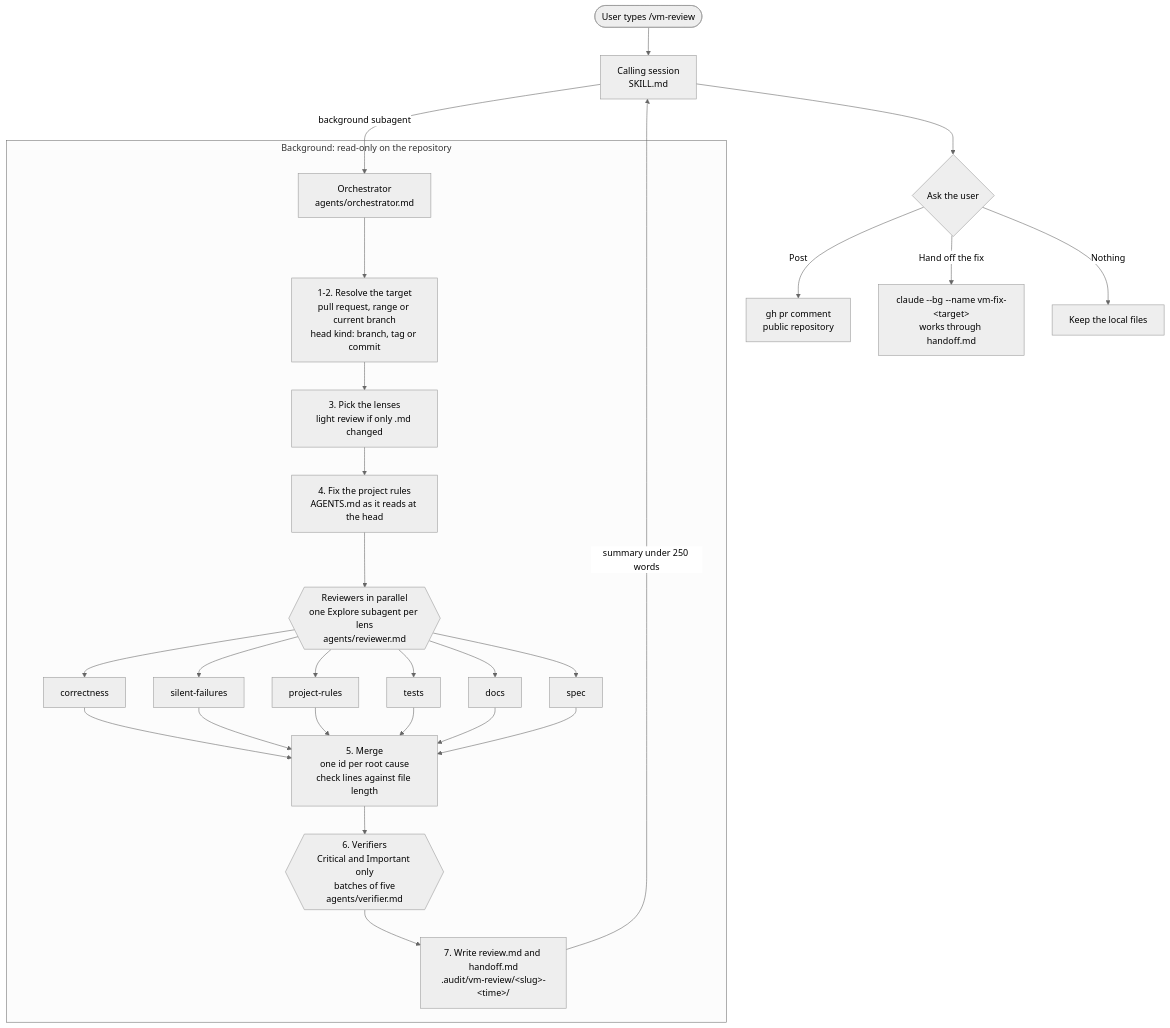
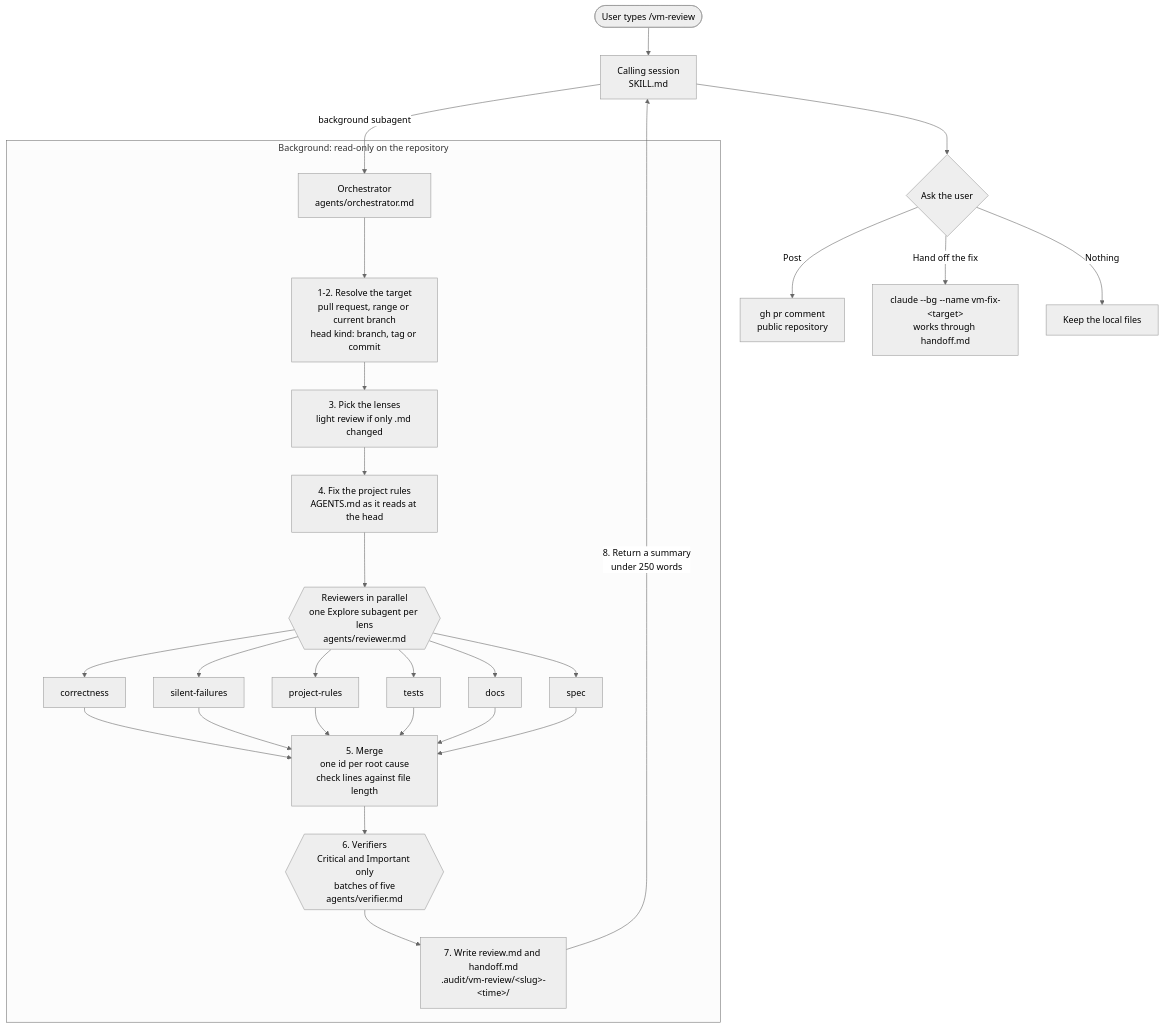
The diagram in .claude/skills/vm-review/README.md (prubiella/vending-machine-challenge), drawn with Mermaid (neutral theme) before and after one commit.

Commit message:
docs(claude): vm-review diagram numbers the return step

````diff
--- a/.claude/skills/vm-review/README.md
+++ b/.claude/skills/vm-review/README.md
@@ -12,27 +12,27 @@
 ```mermaid
 flowchart TD
     U([User types /vm-review]) --> S[Calling session<br/>SKILL.md]
     S -->|background subagent| O[Orchestrator<br/>agents/orchestrator.md]
 
     subgraph BG [Background: read-only on the repository]
         O --> T[1-2. Resolve the target<br/>pull request, range or current branch<br/>head kind: branch, tag or commit]
         T --> L[3. Pick the lenses<br/>light review if only .md changed]
         L --> R0[4. Fix the project rules<br/>AGENTS.md as it reads at the head]
         R0 --> P{{Reviewers in parallel<br/>one Explore subagent per lens<br/>agents/reviewer.md}}
         P --> C1[correctness]
         P --> C2[silent-failures]
         P --> C3[project-rules]
         P --> C4[tests]
         P --> C5[docs]
         P --> C6[spec]
         C1 & C2 & C3 & C4 & C5 & C6 --> M[5. Merge<br/>one id per root cause<br/>check lines against file length]
         M --> V{{6. Verifiers<br/>Critical and Important only<br/>batches of five<br/>agents/verifier.md}}
         V --> W[7. Write review.md and handoff.md<br/>.audit/vm-review/&lt;slug&gt;-&lt;time&gt;/]
     end
 
-    W -->|summary under 250 words| S
+    W -->|8. Return a summary<br/>under 250 words| S
     S --> Q{Ask the user}
     Q -->|Post| G[gh pr comment<br/>public repository]
     Q -->|Hand off the fix| F[claude --bg --name vm-fix-&lt;target&gt;<br/>works through handoff.md]
     Q -->|Nothing| N[Keep the local files]
 ```
````
